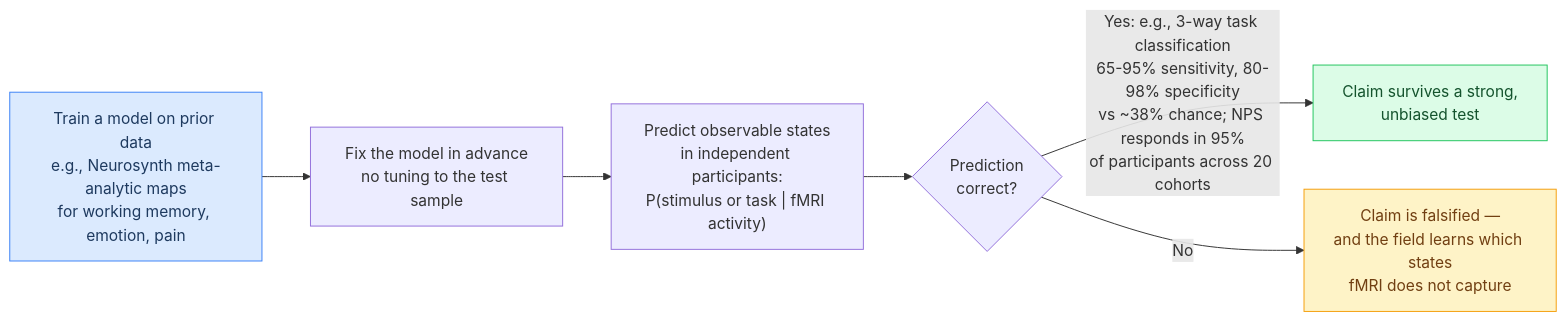
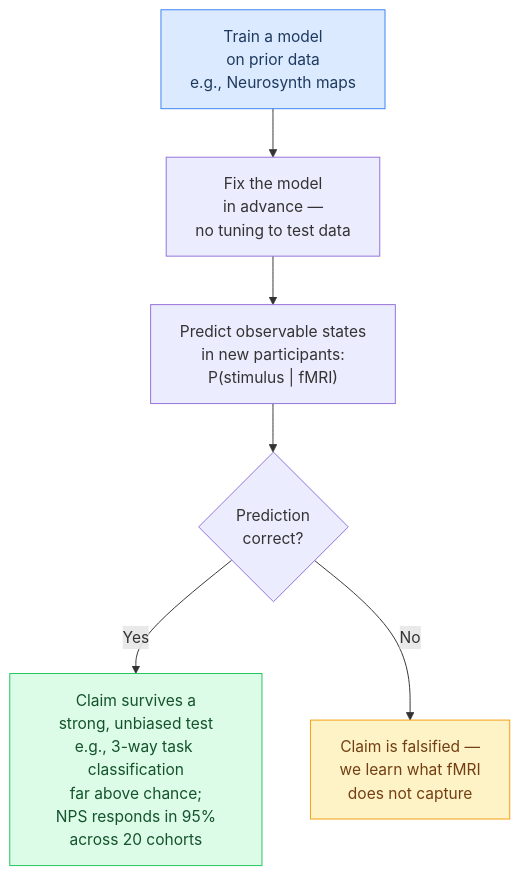
The third of 3 diagrams in part2/ch10-why-imaging-is-not-phrenology.md (torwager/elements-of-fmri-tutorials), drawn with Mermaid before and after one commit. The commit also changed other lines of this file and 64 other files, not shown here.

First line of the commit message:
Polish batch A (ch 1-21): equation where-lines + hover tooltips, verbose comments, example outputs, resource links, figure rights + fixes, mermaid cleanup

````diff
--- a/part2/ch10-why-imaging-is-not-phrenology.md
+++ b/part2/ch10-why-imaging-is-not-phrenology.md
@@ -84,11 +88,11 @@
 ```{mermaid}
-flowchart LR
-    A["Train a model on prior data<br/>e.g., Neurosynth meta-analytic maps<br/>for working memory, emotion, pain"] --> B["Fix the model in advance<br/>no tuning to the test sample"]
-    B --> C["Predict observable states<br/>in independent participants:<br/>P(stimulus or task | fMRI activity)"]
+flowchart TD
+    A["Train a model<br/>on prior data<br/>e.g., Neurosynth maps"] --> B["Fix the model<br/>in advance —<br/>no tuning to test data"]
+    B --> C["Predict observable states<br/>in new participants:<br/>P(stimulus | fMRI)"]
     C --> D{"Prediction<br/>correct?"}
-    D -->|"Yes: e.g., 3-way task classification<br/>65-95% sensitivity, 80-98% specificity<br/>vs ~38% chance; NPS responds in 95%<br/>of participants across 20 cohorts"| E["Claim survives a strong,<br/>unbiased test"]
-    D -->|No| F["Claim is falsified —<br/>and the field learns which states<br/>fMRI does not capture"]
+    D -->|Yes| E["Claim survives a<br/>strong, unbiased test<br/>e.g., 3-way task classification<br/>far above chance;<br/>NPS responds in 95%<br/>across 20 cohorts"]
+    D -->|No| F["Claim is falsified —<br/>we learn what fMRI<br/>does not capture"]
     style A fill:#dbeafe,stroke:#3b82f6,color:#1e3a5f
     style E fill:#dcfce7,stroke:#22c55e,color:#14532d
     style F fill:#fef3c7,stroke:#f59e0b,color:#713f12
 ```
````
